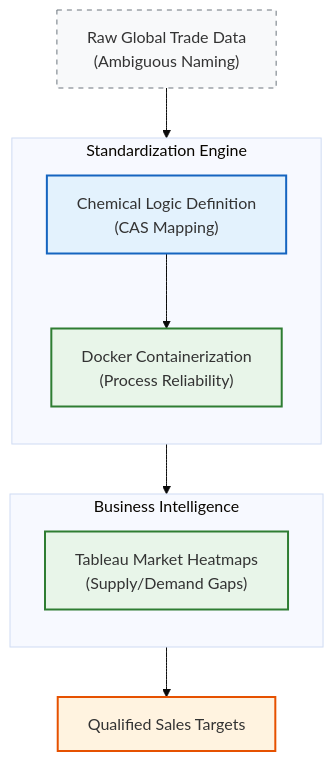
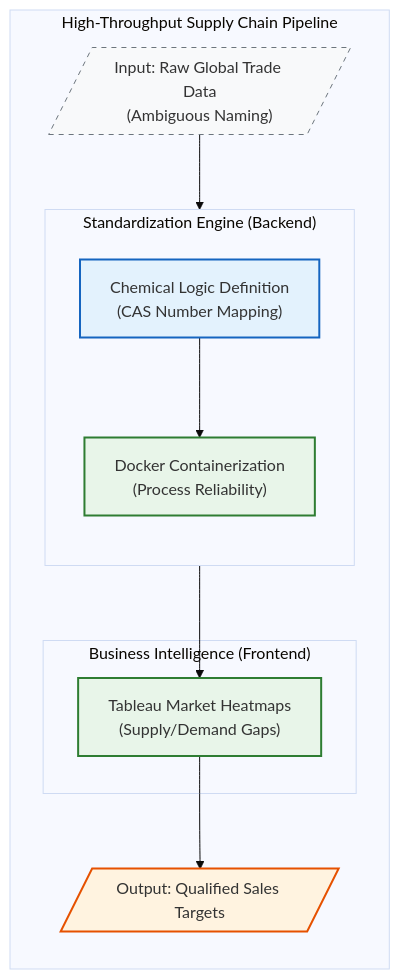
Before and after one commit to kbhalajiyadav/portfolio: the diagram in content/project/supply-chain-automation/index.md, drawn with Mermaid (base theme).

````diff
--- a/content/project/supply-chain-automation/index.md
+++ b/content/project/supply-chain-automation/index.md
@@ -41,27 +41,37 @@
 ```mermaid
 graph TD
-  %% Style Definitions
-  classDef input fill:#f8f9fa,stroke:#6c757d,stroke-width:1px,stroke-dasharray: 5 5;
-  classDef chemistry fill:#e3f2fd,stroke:#1565c0,stroke-width:2px;
-  classDef ops fill:#e8f5e9,stroke:#2e7d32,stroke-width:2px;
-  classDef output fill:#fff3e0,stroke:#e65100,stroke-width:2px;
+    %% Professional Style Definitions
+    classDef input fill:#f8f9fa,stroke:#6c757d,stroke-width:1px,stroke-dasharray: 5 5;
+    classDef chemistry fill:#e3f2fd,stroke:#1565c0,stroke-width:2px;
+    classDef ops fill:#e8f5e9,stroke:#2e7d32,stroke-width:2px;
+    classDef output fill:#fff3e0,stroke:#e65100,stroke-width:2px;
 
-  %% Nodes (use \n instead of <br/>)
-  Raw["Raw Global Trade Data\n(Ambiguous Naming)"]:::input
+    %% SYSTEM BOUNDARY: Wraps the whole process
+    subgraph System ["High-Throughput Supply Chain Pipeline"]
+        direction TB
+        
+        %% Inputs
+        Raw[/"Input: Raw Global Trade Data<br/>(Ambiguous Naming)"/]:::input
+        
+        %% Backend Sub-System
+        subgraph Engine ["Standardization Engine (Backend)"]
+            direction TB
+            Logic["Chemical Logic Definition<br/>(CAS Number Mapping)"]:::chemistry
+            Docker["Docker Containerization<br/>(Process Reliability)"]:::ops
+        end
 
-  subgraph SE["Standardization Engine"]
-    direction TB
-    Logic["Chemical Logic Definition\n(CAS Mapping)"]:::chemistry
-    Docker["Docker Containerization\n(Process Reliability)"]:::ops
-  end
+        %% Frontend Sub-System
+        subgraph Intel ["Business Intelligence (Frontend)"]
+            Viz["Tableau Market Heatmaps<br/>(Supply/Demand Gaps)"]:::ops
+        end
 
-  subgraph BI["Business Intelligence"]
-    direction TB
-    Viz["Tableau Market Heatmaps\n(Supply/Demand Gaps)"]:::ops
-  end
+        %% Output
+        Result[/"Output: Qualified Sales Targets"/]:::output
+    end
 
-  Result["Qualified Sales Targets"]:::output
-
-  %% Flow
-  Raw --> Logic --> Docker --> Viz --> Result
+    %% Flow Connections
+    Raw --> Logic
+    Logic --> Docker
+    Docker --> Viz
+    Viz --> Result
 ```
````
